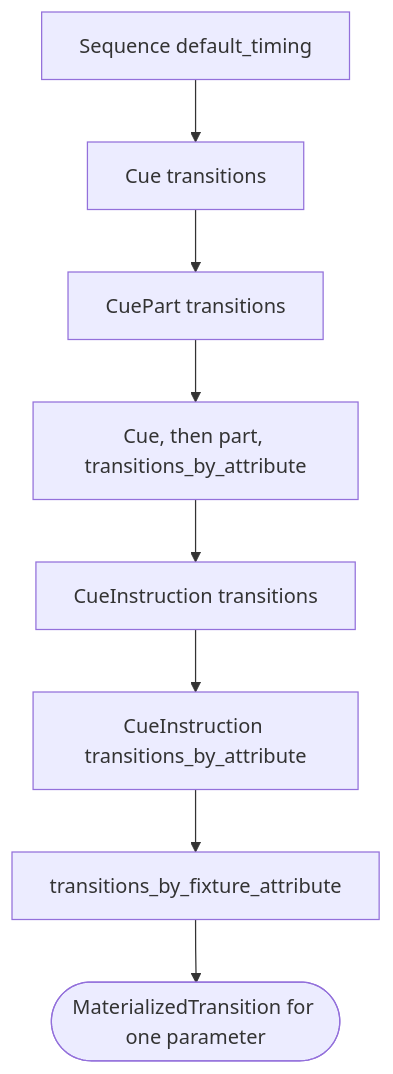
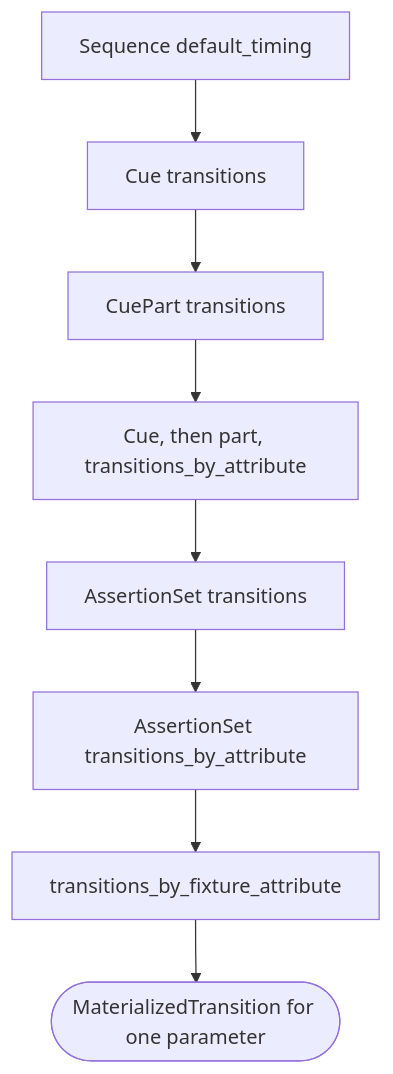
Before and after one commit to stewartadam/nightfall-lightdesk: the diagram in docs/internal/src/domains/timing.md, drawn with Mermaid. The commit also changed other lines of this file and 7 other files, not shown here.

````diff
--- a/docs/internal/src/domains/timing.md
+++ b/docs/internal/src/domains/timing.md
@@ -30,12 +30,12 @@
 ```mermaid
 flowchart TB
   accTitle: Timing override chain
   accDescr: Timing for one value starts from the sequence default timing. The cue timing, cue part timing, cue and part attribute timing, instruction timing, instruction attribute timing, and fixture attribute timing each override the fields they set. The result resolves per selection slot into a MaterializedTransition.
   seq["Sequence default_timing"] --> cue["Cue transitions"]
   cue --> part["CuePart transitions"]
   part --> attr["Cue, then part, transitions_by_attribute"]
-  attr --> instr["CueInstruction transitions"]
-  instr --> iattr["CueInstruction transitions_by_attribute"]
+  attr --> instr["AssertionSet transitions"]
+  instr --> iattr["AssertionSet transitions_by_attribute"]
   iattr --> fixture["transitions_by_fixture_attribute"]
   fixture --> resolved(["MaterializedTransition for one parameter"])
 ```
````
